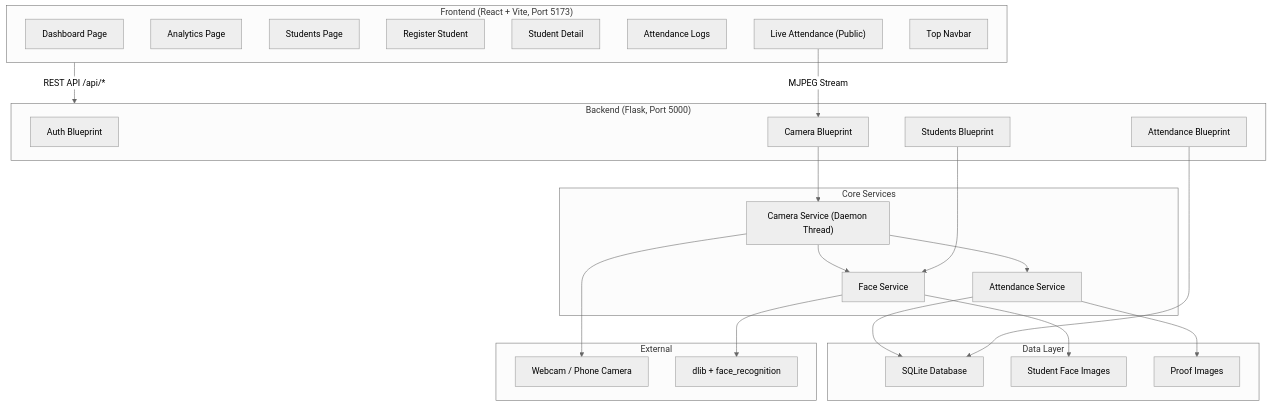
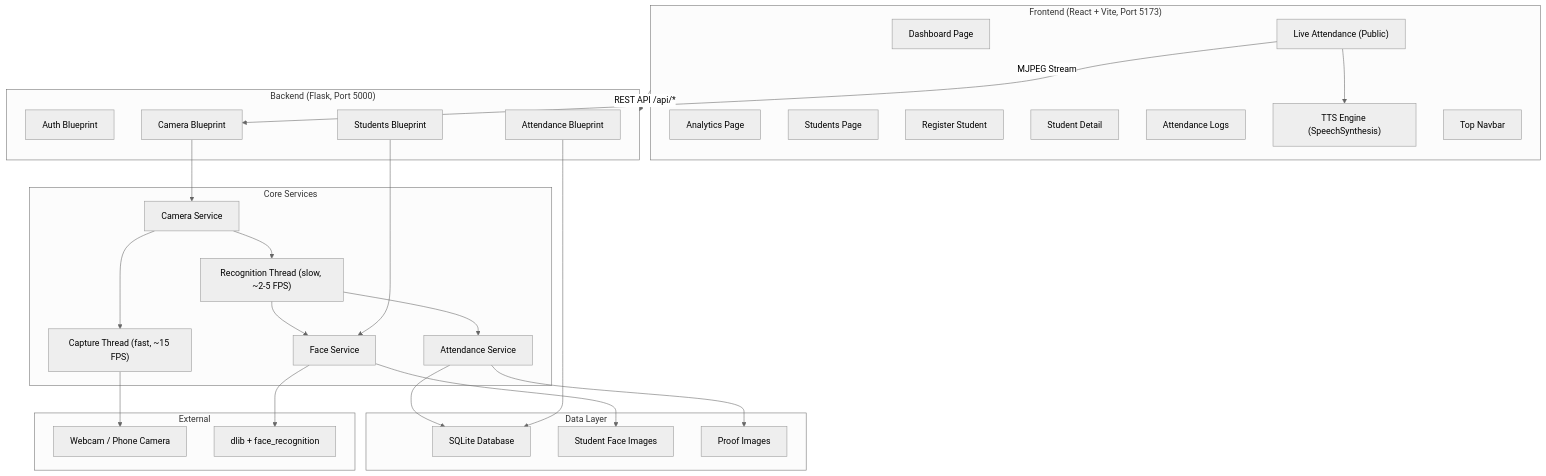
The first of 6 diagrams in PROJECT_REPORT.md (OmAgr241/face-attendance), drawn with Mermaid (neutral theme) before and after one commit. The commit also changed other lines of this file and 1 other file, not shown here.

Commit message:
Update README and PROJECT_REPORT for v1.2: TTS, bounding boxes, two-thread camera, Excel exports, unknown detection

````diff
--- a/PROJECT_REPORT.md
+++ b/PROJECT_REPORT.md
@@ -52,50 +61,56 @@
 ```mermaid
 graph TB
     subgraph Frontend["Frontend (React + Vite, Port 5173)"]
         Dashboard["Dashboard Page"]
         Analytics["Analytics Page"]
         Students["Students Page"]
         Register["Register Student"]
         Detail["Student Detail"]
         AttList["Attendance Logs"]
         LivePage["Live Attendance (Public)"]
+        TTS["TTS Engine (SpeechSynthesis)"]
         Navbar["Top Navbar"]
     end
 
     subgraph Backend["Backend (Flask, Port 5000)"]
         AuthBP["Auth Blueprint"]
         StudentBP["Students Blueprint"]
         AttendBP["Attendance Blueprint"]
         CameraBP["Camera Blueprint"]
     end
 
     subgraph Services["Core Services"]
         FaceSvc["Face Service"]
-        CamSvc["Camera Service (Daemon Thread)"]
+        CamSvc["Camera Service"]
+        CaptureThread["Capture Thread (fast, ~15 FPS)"]
+        RecogThread["Recognition Thread (slow, ~2-5 FPS)"]
         AttSvc["Attendance Service"]
     end
 
     subgraph Storage["Data Layer"]
         SQLite["SQLite Database"]
         FaceImg["Student Face Images"]
         ProofImg["Proof Images"]
     end
 
     subgraph External["External"]
         Webcam["Webcam / Phone Camera"]
         dlib["dlib + face_recognition"]
     end
 
     Frontend -->|"REST API /api/*"| Backend
     LivePage -->|"MJPEG Stream"| CameraBP
+    LivePage --> TTS
     CameraBP --> CamSvc
-    CamSvc --> FaceSvc
-    CamSvc --> AttSvc
+    CamSvc --> CaptureThread
+    CamSvc --> RecogThread
+    RecogThread --> FaceSvc
+    RecogThread --> AttSvc
     FaceSvc --> dlib
-    CamSvc --> Webcam
+    CaptureThread --> Webcam
     AttSvc --> SQLite
     StudentBP --> FaceSvc
     AttendBP --> SQLite
     FaceSvc --> FaceImg
     AttSvc --> ProofImg
 ```
````
